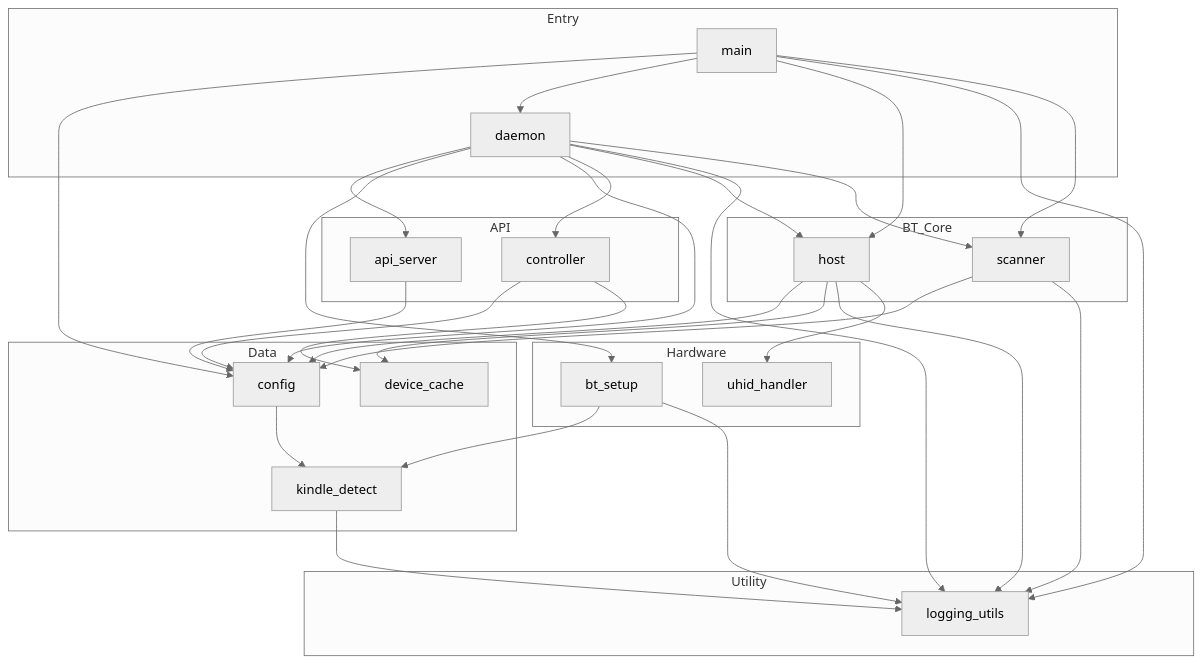
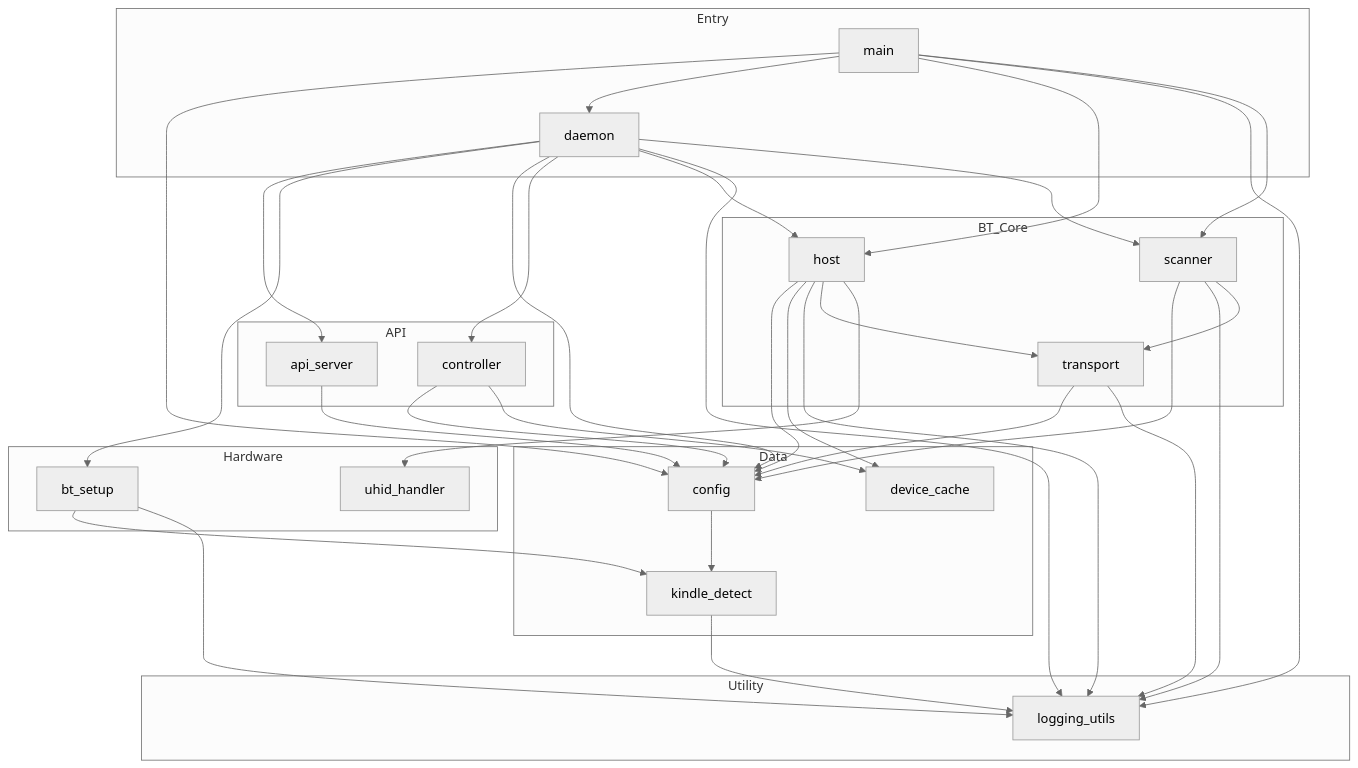
The diagram in DEPENDENCY_GRAPH.md (kal-kaliper/kindle-hid-passthrough), drawn with Mermaid (neutral theme) before and after one commit. The commit also changed other lines of this file and 4 other files, not shown here.

````diff
--- a/DEPENDENCY_GRAPH.md
+++ b/DEPENDENCY_GRAPH.md
@@ -16,67 +16,72 @@
 ```mermaid
 graph TD
     subgraph Entry
         daemon
         main
     end
 
     subgraph API
         api_server
         controller
     end
 
     subgraph BT_Core
         host
         scanner
+        transport
     end
 
     subgraph Hardware
         bt_setup
         uhid_handler
     end
 
     subgraph Data
         config
         device_cache
         kindle_detect
     end
 
     subgraph Utility
         logging_utils
     end
 
     %% Entry layer
     daemon --> api_server
     daemon --> bt_setup
     daemon --> config
     daemon --> controller
     daemon --> host
     daemon --> logging_utils
     daemon --> scanner
     main --> config
     main --> daemon
     main --> host
     main --> logging_utils
     main --> scanner
 
     %% API layer
     api_server --> config
     controller --> config
     controller --> device_cache
 
     %% BT Core layer
     host --> config
     host --> device_cache
     host --> logging_utils
+    host --> transport
     host --> uhid_handler
     scanner --> config
     scanner --> logging_utils
+    scanner --> transport
+    transport --> config
+    transport --> logging_utils
 
     %% Hardware layer
     bt_setup --> kindle_detect
     bt_setup --> logging_utils
 
     %% Data layer
     config --> kindle_detect
     kindle_detect --> logging_utils
 ```
````
